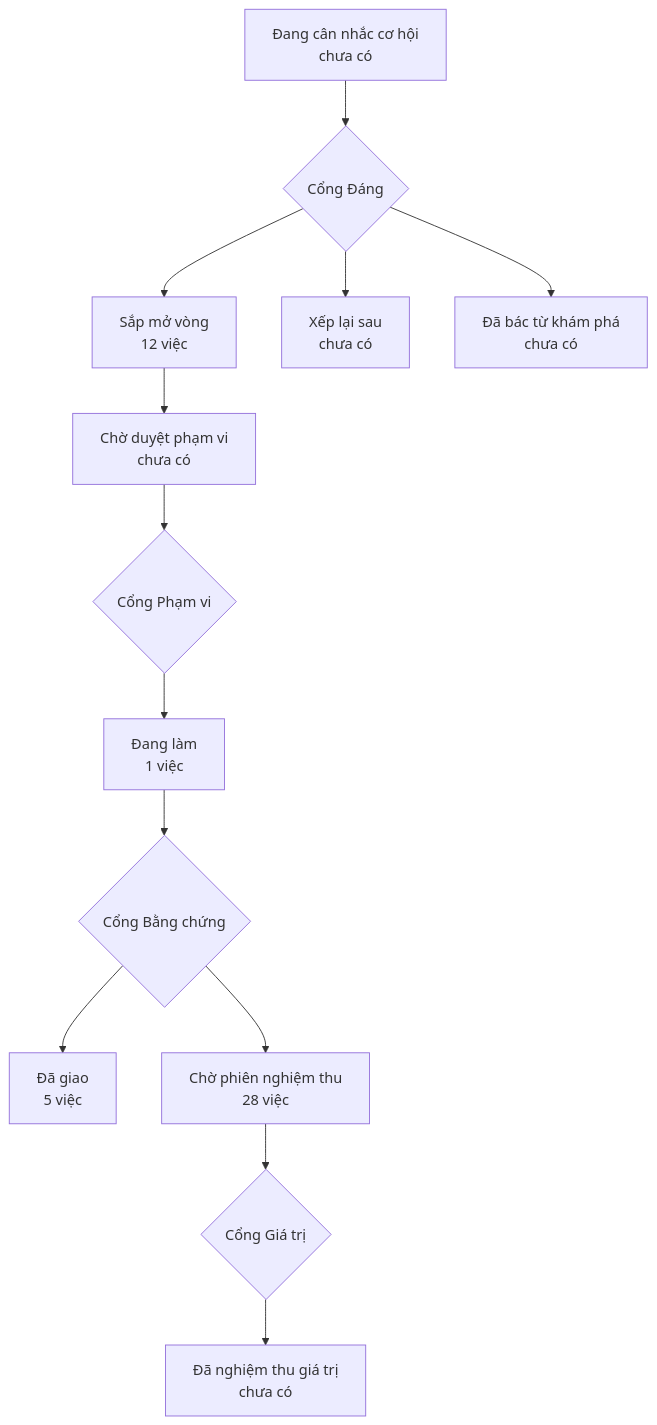
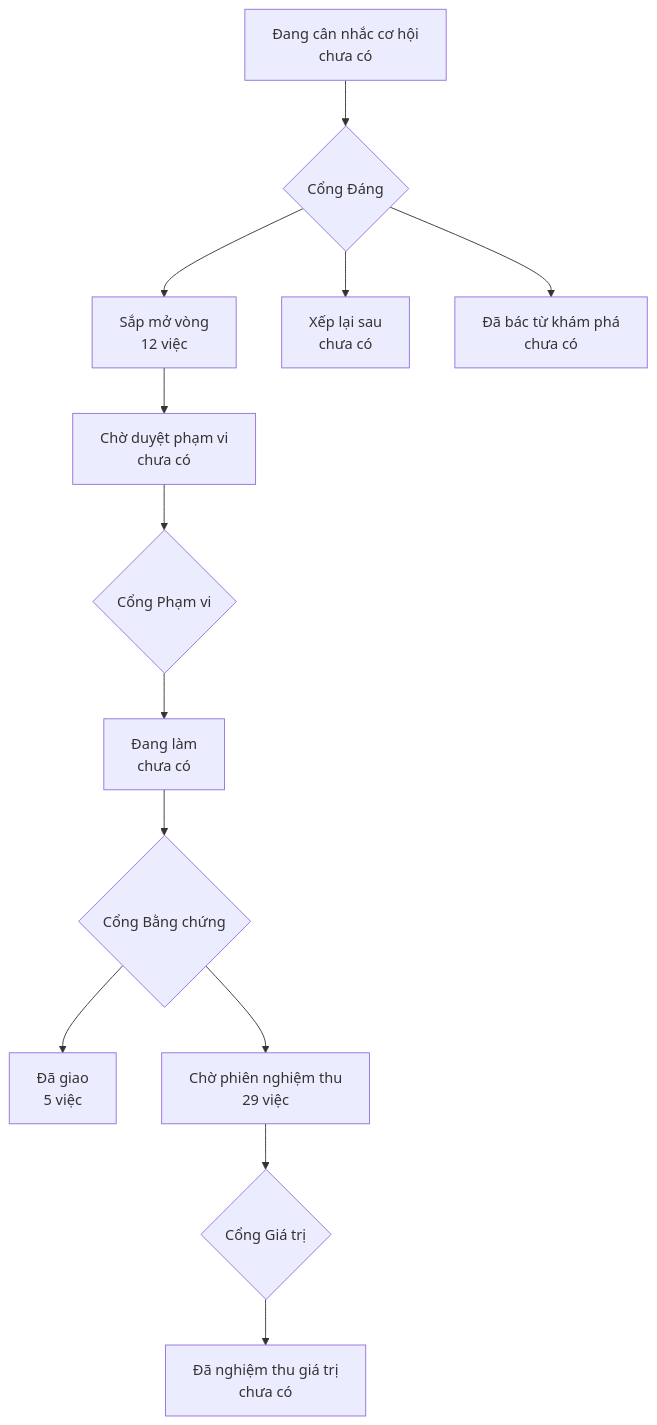
The diagram in PRODUCT-MAP.md (phanlemanh/onehub-quy-hang), drawn with Mermaid before and after one commit. The commit also changed other lines of this file and 25 other files, not shown here.

Commit message:
test(cot-ho-so-can): gói bằng chứng S4 lượt 2 — PASS, máy thông, 8 mục ngoài hợp đồng máy định tuyến

````diff
--- a/PRODUCT-MAP.md
+++ b/PRODUCT-MAP.md
@@ -7,12 +7,12 @@
 ```mermaid
 flowchart TD
   A["Đang cân nhắc cơ hội<br/>chưa có"] --> GD{"Cổng Đáng"}
   GD --> B["Sắp mở vòng<br/>12 việc"]
   GD --> XL["Xếp lại sau<br/>chưa có"]
   GD --> DB["Đã bác từ khám phá<br/>chưa có"]
   B --> CD["Chờ duyệt phạm vi<br/>chưa có"] --> GP{"Cổng Phạm vi"}
-  GP --> DL["Đang làm<br/>1 việc"] --> GB{"Cổng Bằng chứng"}
+  GP --> DL["Đang làm<br/>chưa có"] --> GB{"Cổng Bằng chứng"}
   GB --> DG["Đã giao<br/>5 việc"]
-  GB --> CN["Chờ phiên nghiệm thu<br/>28 việc"] --> GG{"Cổng Giá trị"}
+  GB --> CN["Chờ phiên nghiệm thu<br/>29 việc"] --> GG{"Cổng Giá trị"}
   GG --> NT["Đã nghiệm thu giá trị<br/>chưa có"]
 ```
````
